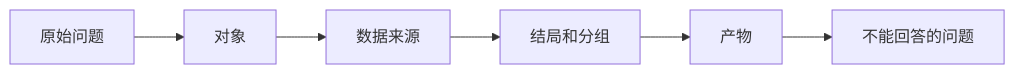
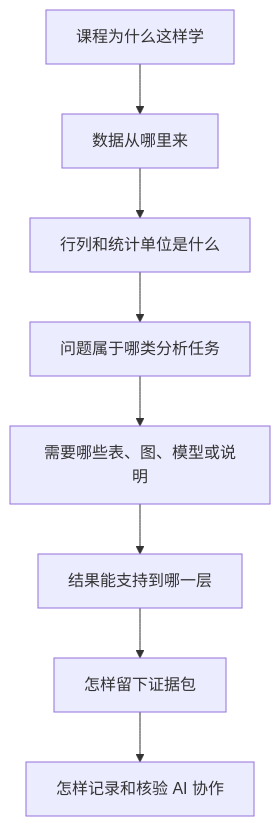
Before and after one commit to luvega/AI_MED_DataVis: the second of 3 diagrams in docs/chapters/chapter-1/index.md, drawn with Mermaid. The commit also changed other lines of this file and 84 other files, not shown here.

````diff
--- a/docs/chapters/chapter-1/index.md
+++ b/docs/chapters/chapter-1/index.md
@@ -352,8 +177,10 @@
 ```mermaid
-flowchart LR
-  A["原始问题"] --> B["对象"]
-  B --> C["数据来源"]
-  C --> D["结局和分组"]
-  D --> E["产物"]
-  E --> F["不能回答的问题"]
+flowchart TD
+  A["课程为什么这样学"] --> B["数据从哪里来"]
+  B --> C["行列和统计单位是什么"]
+  C --> D["问题属于哪类分析任务"]
+  D --> E["需要哪些表、图、模型或说明"]
+  E --> F["结果能支持到哪一层"]
+  F --> G["怎样留下证据包"]
+  G --> H["怎样记录和核验 AI 协作"]
 ```
````
